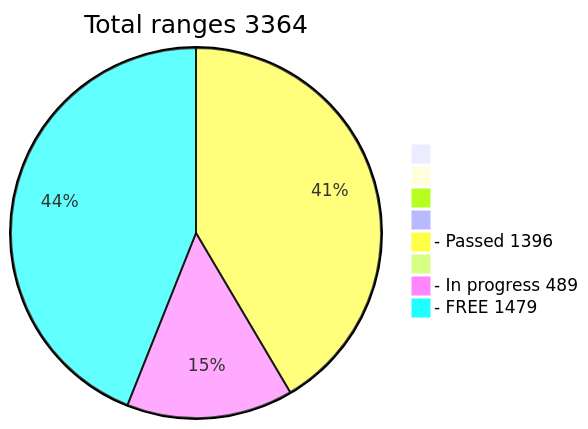
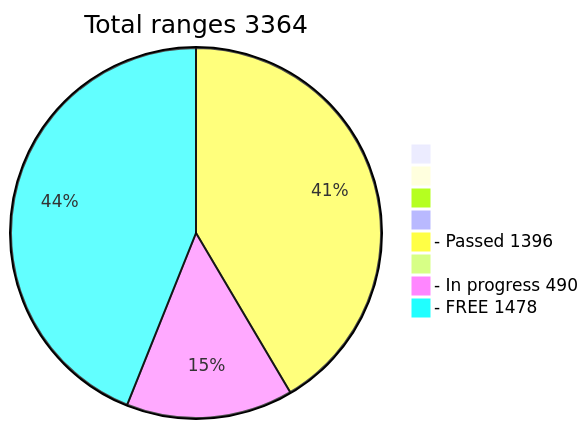
The diagram in README.md (phrutis/wif500), drawn with Mermaid before and after one commit.

````diff
--- a/README.md
+++ b/README.md
@@ -16,12 +16,12 @@
 ```mermaid
 pie title Total ranges 3364
              " " : 0
             "  " : 0
            "   " : 0
           "    " : 0
   "- Passed 1396" : 1396
          "     " : 0
-  "- In progress 489" : 489
-   "- FREE 1479" : 1479
+  "- In progress 490" : 490
+   "- FREE 1478" : 1478
    
 ```
````
